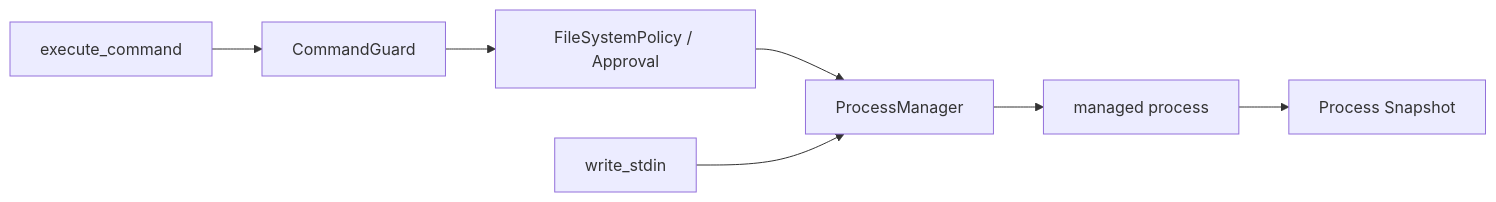
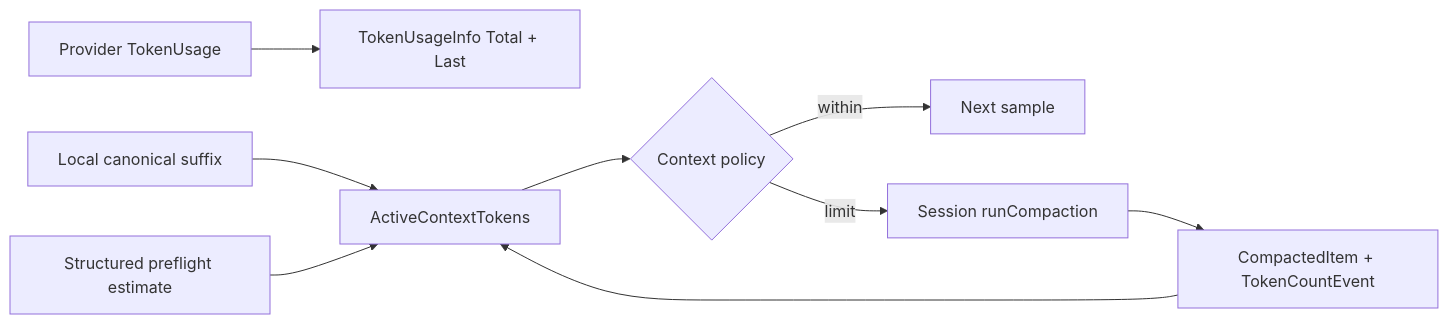
Diagram 17 of 43 in docs/architecture-whitepaper.md (Godric-W/Amadeus), drawn with Mermaid before and after one commit. The commit also changed other lines of this file and 1 other file, not shown here.

````diff
--- a/docs/architecture-whitepaper.md
+++ b/docs/architecture-whitepaper.md
@@ -911,17 +727,11 @@
 ```mermaid
 flowchart LR
-    EC[execute_command]
-    Guard[CommandGuard]
-    Policy[FileSystemPolicy / Approval]
-    PM[ProcessManager]
-    Managed[managed process]
-    WS[write_stdin]
-    Snap[Process Snapshot]
-
-    EC --> Guard
-    Guard --> Policy
-    Policy --> PM
-    PM --> Managed
-    WS --> PM
-    Managed --> Snap
+    Usage[Provider TokenUsage] --> Info[TokenUsageInfo Total + Last]
+    Local[Local canonical suffix] --> Active[ActiveContextTokens]
+    Estimate[Structured preflight estimate] --> Active
+    Active --> Policy{Context policy}
+    Policy -->|within| Sample[Next sample]
+    Policy -->|limit| Compact[Session runCompaction]
+    Compact --> Replacement[CompactedItem + TokenCountEvent]
+    Replacement --> Active
 ```
````
